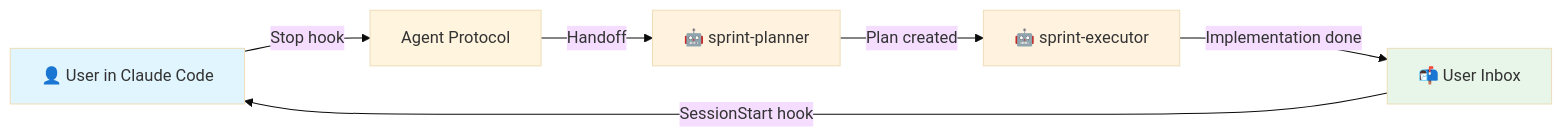
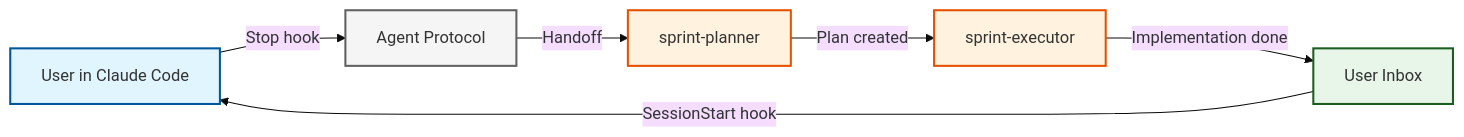
Before and after one commit to sunholo-data/ailang: the first of 2 diagrams in docs/docs/guides/claude-code-integration.mdx, drawn with Mermaid (base theme). The commit also changed other lines of this file and 8 other files, not shown here.

Commit message:
mermaid docs

````diff
--- a/docs/docs/guides/claude-code-integration.mdx
+++ b/docs/docs/guides/claude-code-integration.mdx
@@ -38,13 +38,14 @@
 ```mermaid
 graph LR
-    A[👤 User in Claude Code] -->|"Stop hook"| B[Agent Protocol]
-    B -->|Handoff| C[🤖 sprint-planner]
-    C -->|Plan created| D[🤖 sprint-executor]
-    D -->|Implementation done| E[📬 User Inbox]
-    E -->|SessionStart hook| A
+    A["User in Claude Code"] -->|"Stop hook"| B["Agent Protocol"]
+    B -->|"Handoff"| C["sprint-planner"]
+    C -->|"Plan created"| D["sprint-executor"]
+    D -->|"Implementation done"| E["User Inbox"]
+    E -->|"SessionStart hook"| A
 
-    style A fill:#e1f5fe
-    style C fill:#fff3e0
-    style D fill:#fff3e0
-    style E fill:#e8f5e9
+    style A fill:#e1f5fe,stroke:#01579b,stroke-width:2px
+    style B fill:#f5f5f5,stroke:#616161,stroke-width:2px
+    style C fill:#fff3e0,stroke:#e65100,stroke-width:2px
+    style D fill:#fff3e0,stroke:#e65100,stroke-width:2px
+    style E fill:#e8f5e9,stroke:#1b5e20,stroke-width:2px
 ```
````
